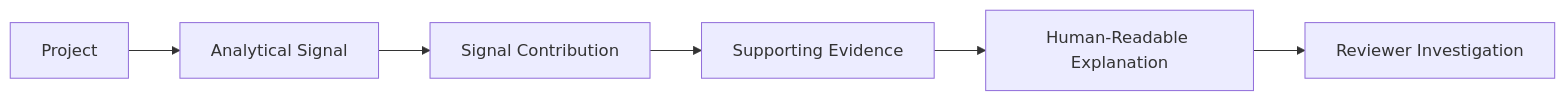
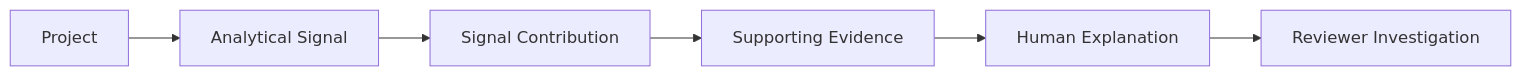
Before and after one commit to the-nidhi-bhat/mplads-sentinel: the eighth of 17 diagrams in README.md, drawn with Mermaid. The commit also changed other lines of this file, not shown here.

````diff
--- a/README.md
+++ b/README.md
@@ -289,8 +289,8 @@
 ```mermaid
-flowchart LR
-    A["Project"] --> B["Analytical Signal"]
-    B --> C["Signal Contribution"]
-    C --> D["Supporting Evidence"]
-    D --> E["Human-Readable Explanation"]
-    E --> F["Reviewer Investigation"]
+graph LR
+    A[Project] --> B[Analytical Signal]
+    B --> C[Signal Contribution]
+    C --> D[Supporting Evidence]
+    D --> E[Human Explanation]
+    E --> F[Reviewer Investigation]
 ```
````
